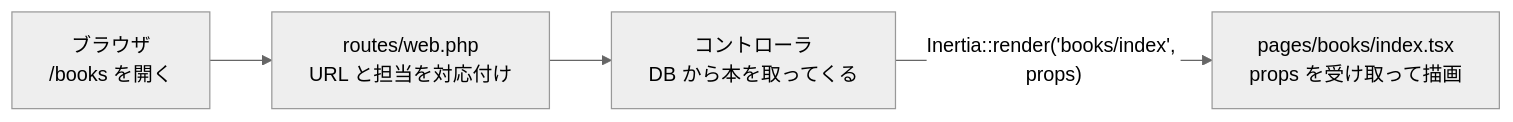
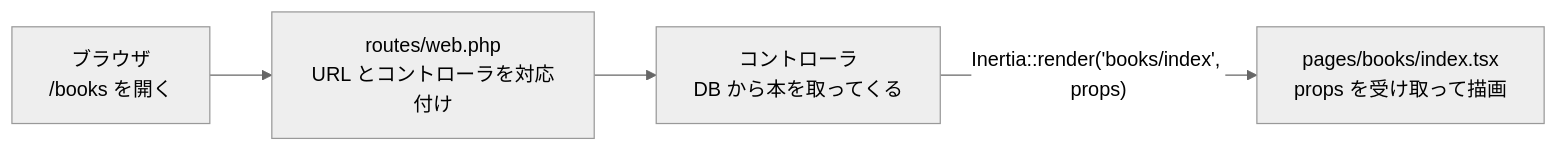
Before and after one commit to chika3742/team_b: the diagram in docs/frontend-guide.md, drawn with Mermaid (neutral theme). The commit also changed other lines of this file and 2 other files, not shown here.

````diff
--- a/docs/frontend-guide.md
+++ b/docs/frontend-guide.md
@@ -70,6 +66,6 @@
 ```mermaid
 flowchart LR
-    A["ブラウザ<br>/books を開く"] --> B["routes/web.php<br>URL と担当を対応付け"]
+    A["ブラウザ<br>/books を開く"] --> B["routes/web.php<br>URL とコントローラを対応付け"]
     B --> C["コントローラ<br>DB から本を取ってくる"]
     C -->|"Inertia::render('books/index', props)"| D["pages/books/index.tsx<br>props を受け取って描画"]
 ```
````
